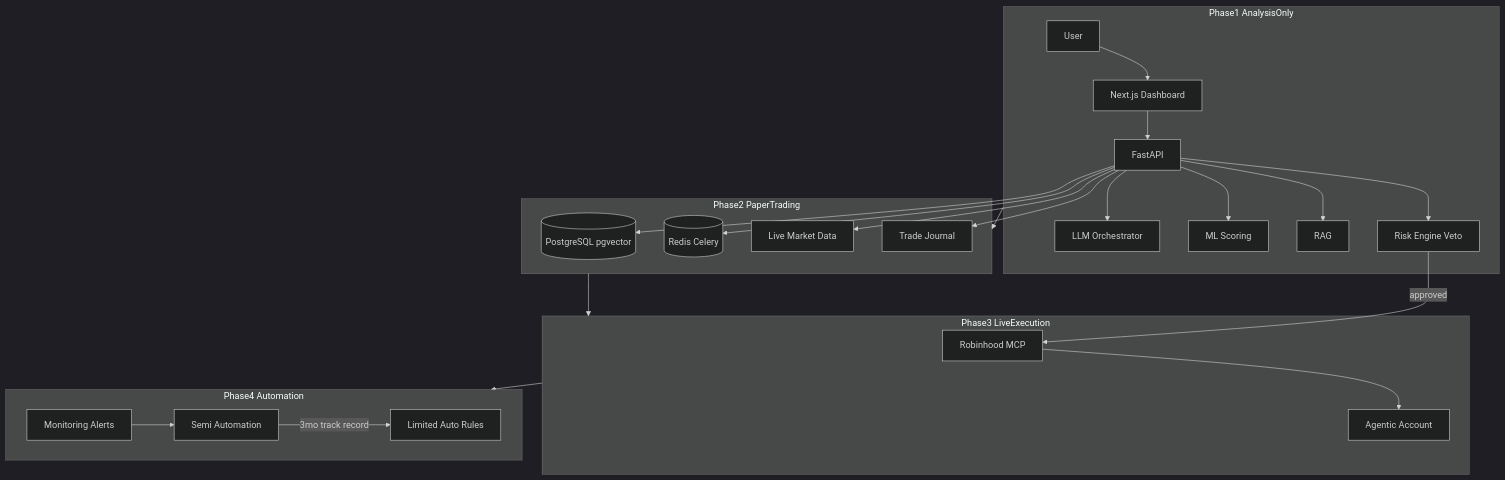
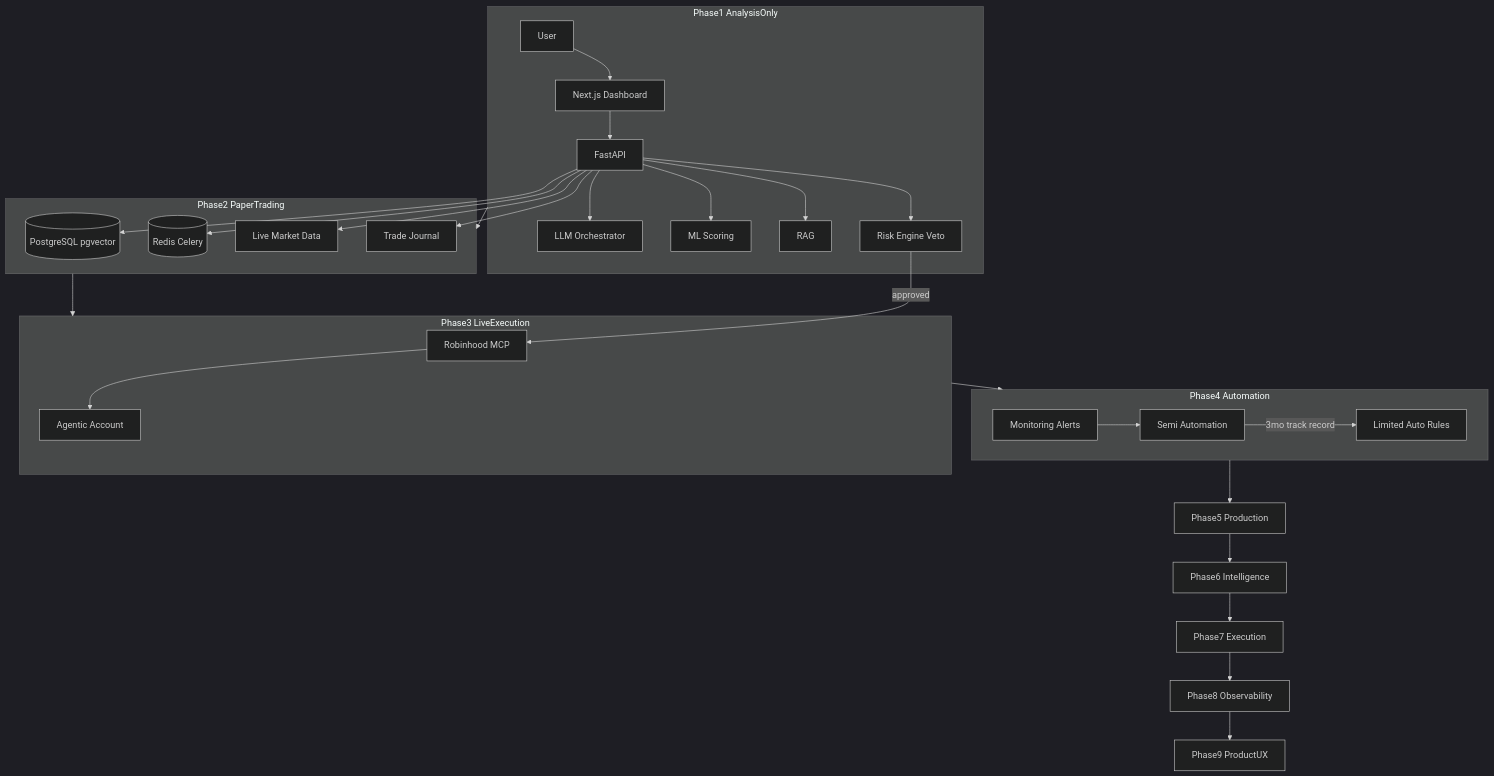
The first of 3 diagrams in docs/PLAN.md (pranaykumar20/tradeguard-ai), drawn with Mermaid (dark theme) before and after one commit. The commit also changed other lines of this file and 54 other files, not shown here.

First line of the commit message:
Implement Phase 5 production hardening and Phase 6 intelligence upgrades.

````diff
--- a/docs/PLAN.md
+++ b/docs/PLAN.md
@@ -9,30 +9,35 @@
 ```mermaid
 flowchart TB
     subgraph phase1 [Phase1 AnalysisOnly]
         User1[User] --> Web1[Next.js Dashboard]
         Web1 --> API1[FastAPI]
         API1 --> LLM1[LLM Orchestrator]
         API1 --> ML1[ML Scoring]
         API1 --> RAG1[RAG]
         API1 --> Risk1[Risk Engine Veto]
     end
 
     subgraph phase2 [Phase2 PaperTrading]
         API1 --> PG[(PostgreSQL pgvector)]
         API1 --> Redis[(Redis Celery)]
         API1 --> Market[Live Market Data]
         API1 --> Journal[Trade Journal]
     end
 
     subgraph phase3 [Phase3 LiveExecution]
         Risk1 -->|approved| MCP[Robinhood MCP]
         MCP --> Agentic[Agentic Account]
     end
 
     subgraph phase4 [Phase4 Automation]
         Monitor[Monitoring Alerts] --> Auto[Semi Automation]
         Auto -->|3mo track record| LimitedAuto[Limited Auto Rules]
     end
 
     phase1 --> phase2 --> phase3 --> phase4
+    phase4 --> phase5[Phase5 Production]
+    phase5 --> phase6[Phase6 Intelligence]
+    phase6 --> phase7[Phase7 Execution]
+    phase7 --> phase8[Phase8 Observability]
+    phase8 --> phase9[Phase9 ProductUX]
 ```
````
